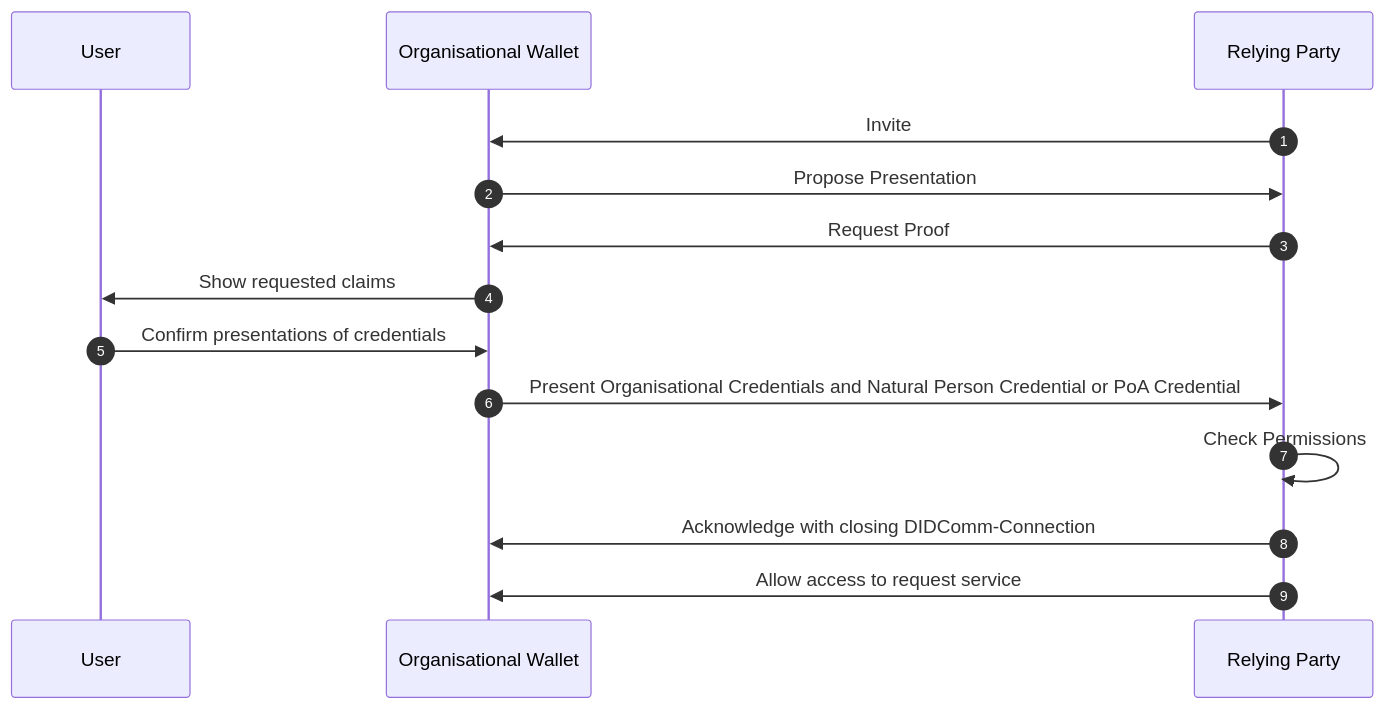
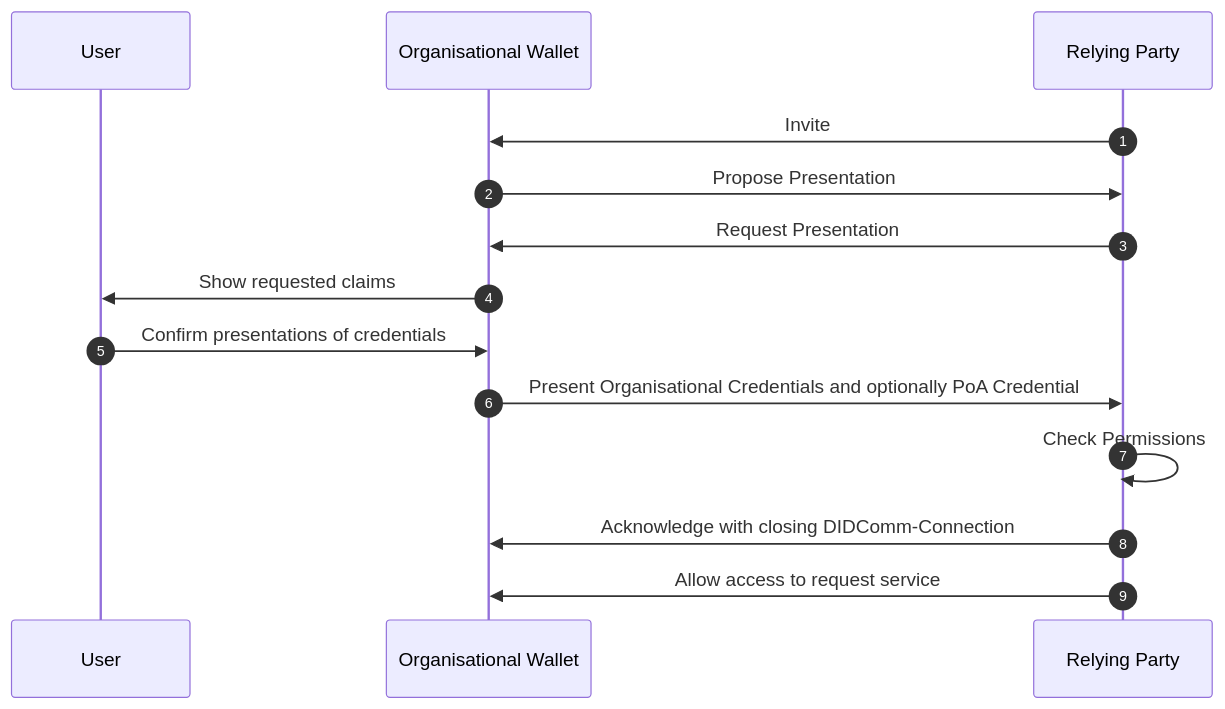
Before and after one commit to EWC-consortium/eudi-wallet-rfcs: the fourth of 4 diagrams in ewc-rfc010-issue-and-present-organisational-credentials.md, drawn with Mermaid. The commit also changed other lines of this file, not shown here.

Commit message:
feat: Request Presentation Message

````diff
--- a/ewc-rfc010-issue-and-present-organisational-credentials.md
+++ b/ewc-rfc010-issue-and-present-organisational-credentials.md
@@ -1224,18 +1224,18 @@
 ```mermaid
 sequenceDiagram
   autonumber
 
   participant User as User
   participant OrgWallet as Organisational Wallet
   participant ServiceProvider as Relying Party
 
   ServiceProvider->>OrgWallet: Invite
   OrgWallet->>ServiceProvider: Propose Presentation
-  ServiceProvider->>OrgWallet: Request Proof
+  ServiceProvider->>OrgWallet: Request Presentation
   OrgWallet->>User: Show requested claims
   User->>OrgWallet: Confirm presentations of credentials
-  OrgWallet->>ServiceProvider: Present Organisational Credentials and Natural Person Credential or PoA Credential
+  OrgWallet->>ServiceProvider: Present Organisational Credentials and optionally PoA Credential
   ServiceProvider->>ServiceProvider: Check Permissions
   ServiceProvider->>OrgWallet: Acknowledge with closing DIDComm-Connection
   ServiceProvider->>OrgWallet: Allow access to request service
 ```
````
